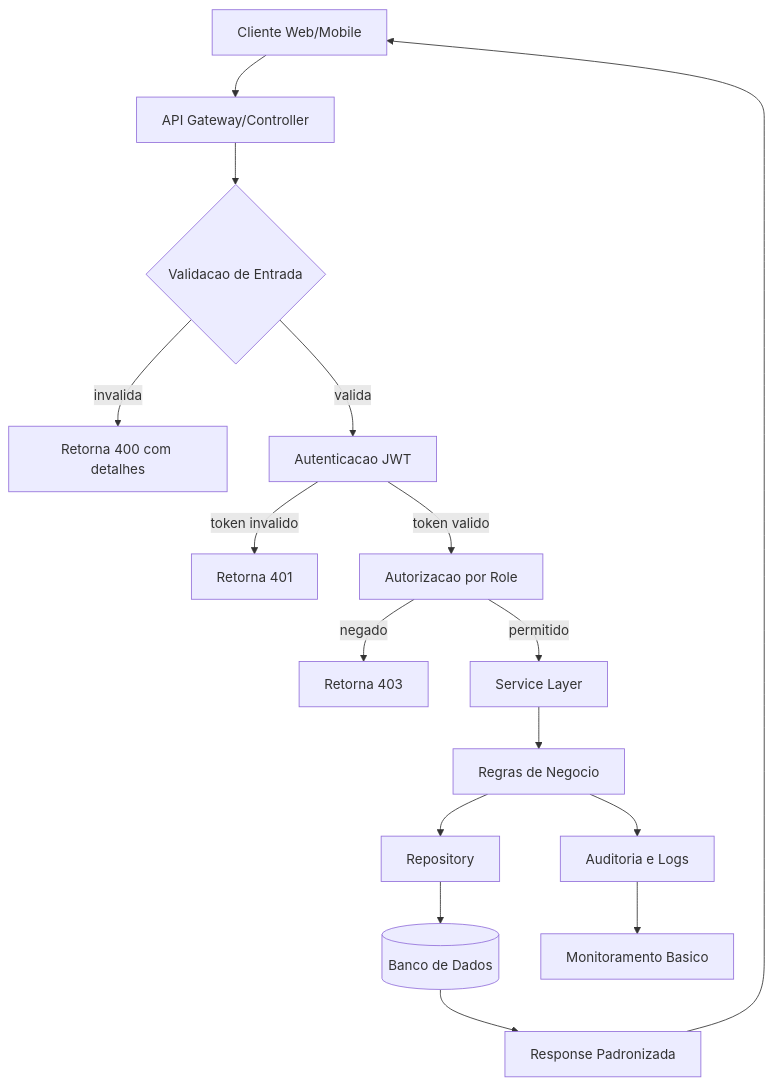
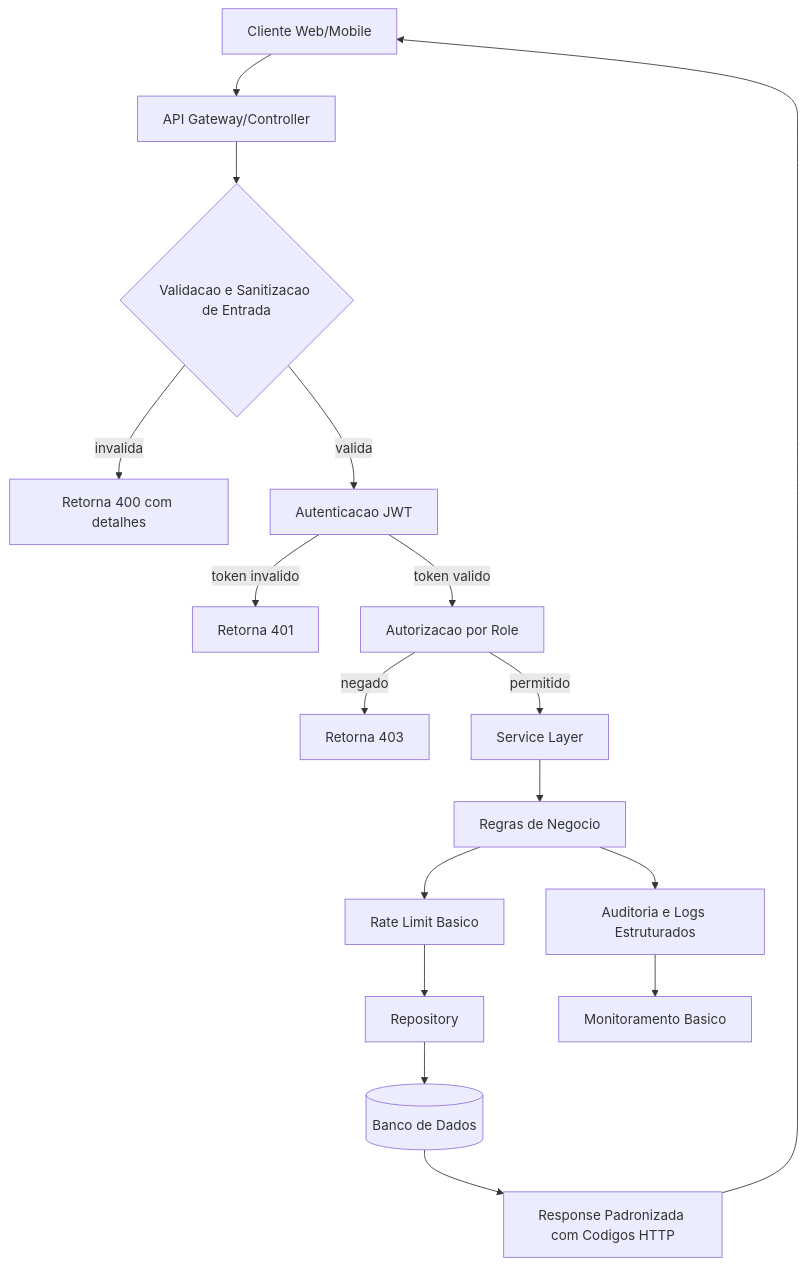
One commit to 5inco-dev/5inco-dev changed the diagram in README.md. Above: the diagram before and after it, drawn with Mermaid. The commit also changed other lines of this file, not shown here.

````diff
--- a/README.md
+++ b/README.md
@@ -86,18 +86,19 @@
 ```mermaid
 flowchart TD
     A[Cliente Web/Mobile] --> B[API Gateway/Controller]
-    B --> C{Validacao de Entrada}
+  B --> C{Validacao e Sanitizacao de Entrada}
     C -- invalida --> D[Retorna 400 com detalhes]
     C -- valida --> E[Autenticacao JWT]
     E -- token invalido --> F[Retorna 401]
     E -- token valido --> G[Autorizacao por Role]
     G -- negado --> H[Retorna 403]
     G -- permitido --> I[Service Layer]
     I --> J[Regras de Negocio]
-    J --> K[Repository]
+  J --> P[Rate Limit Basico]
+  P --> K[Repository]
     K --> L[(Banco de Dados)]
-    J --> M[Auditoria e Logs]
+  J --> M[Auditoria e Logs Estruturados]
     M --> N[Monitoramento Basico]
-    L --> O[Response Padronizada]
+  L --> O[Response Padronizada com Codigos HTTP]
     O --> A
 ```
````
